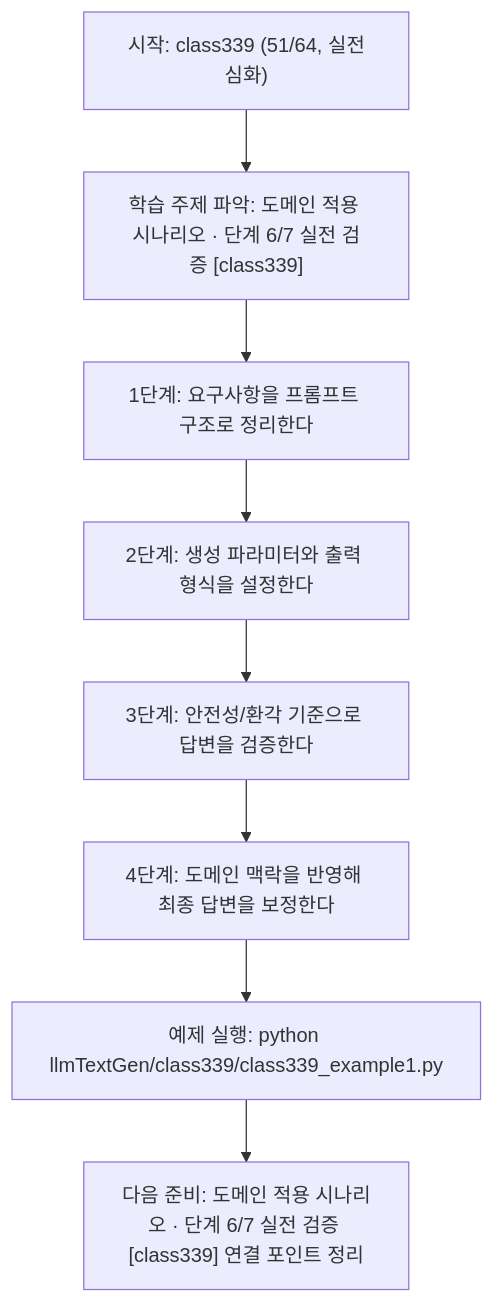
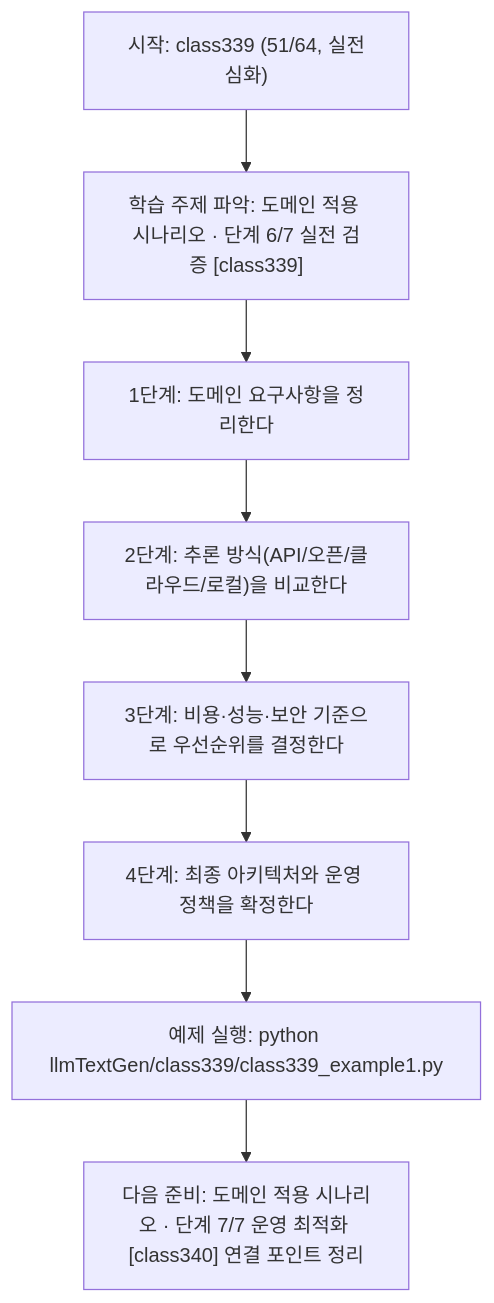
Before and after one commit to edumgt/Python-AI_Agent-Class: the diagram in llmTextGen/class339/class339.md, drawn with Mermaid. The commit also changed other lines of this file and 451 other files, not shown here.

````diff
--- a/llmTextGen/class339/class339.md
+++ b/llmTextGen/class339/class339.md
@@ -114,18 +95,18 @@
 ```mermaid
 flowchart TD
 N1["시작: class339 (51/64, 실전심화)"]
 N2["학습 주제 파악: 도메인 적용 시나리오 · 단계 6/7 실전 검증 [class339]"]
-N3["1단계: 요구사항을 프롬프트 구조로 정리한다"]
-N4["2단계: 생성 파라미터와 출력 형식을 설정한다"]
-N5["3단계: 안전성/환각 기준으로 답변을 검증한다"]
-N6["4단계: 도메인 맥락을 반영해 최종 답변을 보정한다"]
+N3["1단계: 도메인 요구사항을 정리한다"]
+N4["2단계: 추론 방식(API/오픈/클라우드/로컬)을 비교한다"]
+N5["3단계: 비용·성능·보안 기준으로 우선순위를 결정한다"]
+N6["4단계: 최종 아키텍처와 운영 정책을 확정한다"]
 N7["예제 실행: python llmTextGen/class339/class339_example1.py"]
-N8["다음 준비: 도메인 적용 시나리오 · 단계 6/7 실전 검증 [class339] 연결 포인트 정리"]
+N8["다음 준비: 도메인 적용 시나리오 · 단계 7/7 운영 최적화 [class340] 연결 포인트 정리"]
 N1 --> N2
 N2 --> N3
 N3 --> N4
 N4 --> N5
 N5 --> N6
 N6 --> N7
 N7 --> N8
 ```
````
